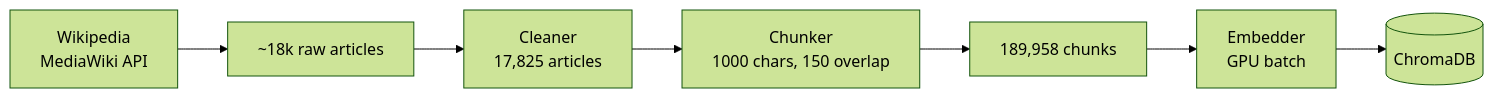
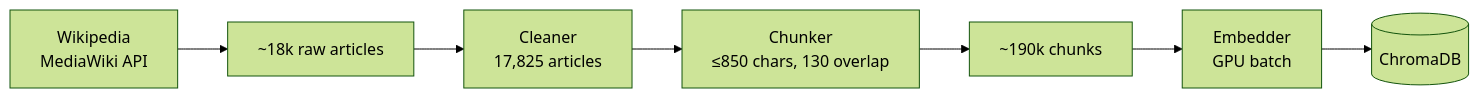
Before and after one commit to PopToTheRock/VideoGameWizard: the second of 2 diagrams in README.md, drawn with Mermaid (forest theme). The commit also changed other lines of this file and 3 other files, not shown here.

````diff
--- a/README.md
+++ b/README.md
@@ -71,9 +71,9 @@
 ```mermaid
 flowchart LR
     Wiki[Wikipedia<br/>MediaWiki API] --> Raw[~18k raw articles]
     Raw --> Clean[Cleaner<br/>17,825 articles]
-    Clean --> Chunk[Chunker<br/>1000 chars, 150 overlap]
-    Chunk --> Chunks[189,958 chunks]
+    Clean --> Chunk[Chunker<br/>≤850 chars, 130 overlap]
+    Chunk --> Chunks[~190k chunks]
     Chunks --> Embed[Embedder<br/>GPU batch]
     Embed --> Chroma[(ChromaDB)]
 ```
````
